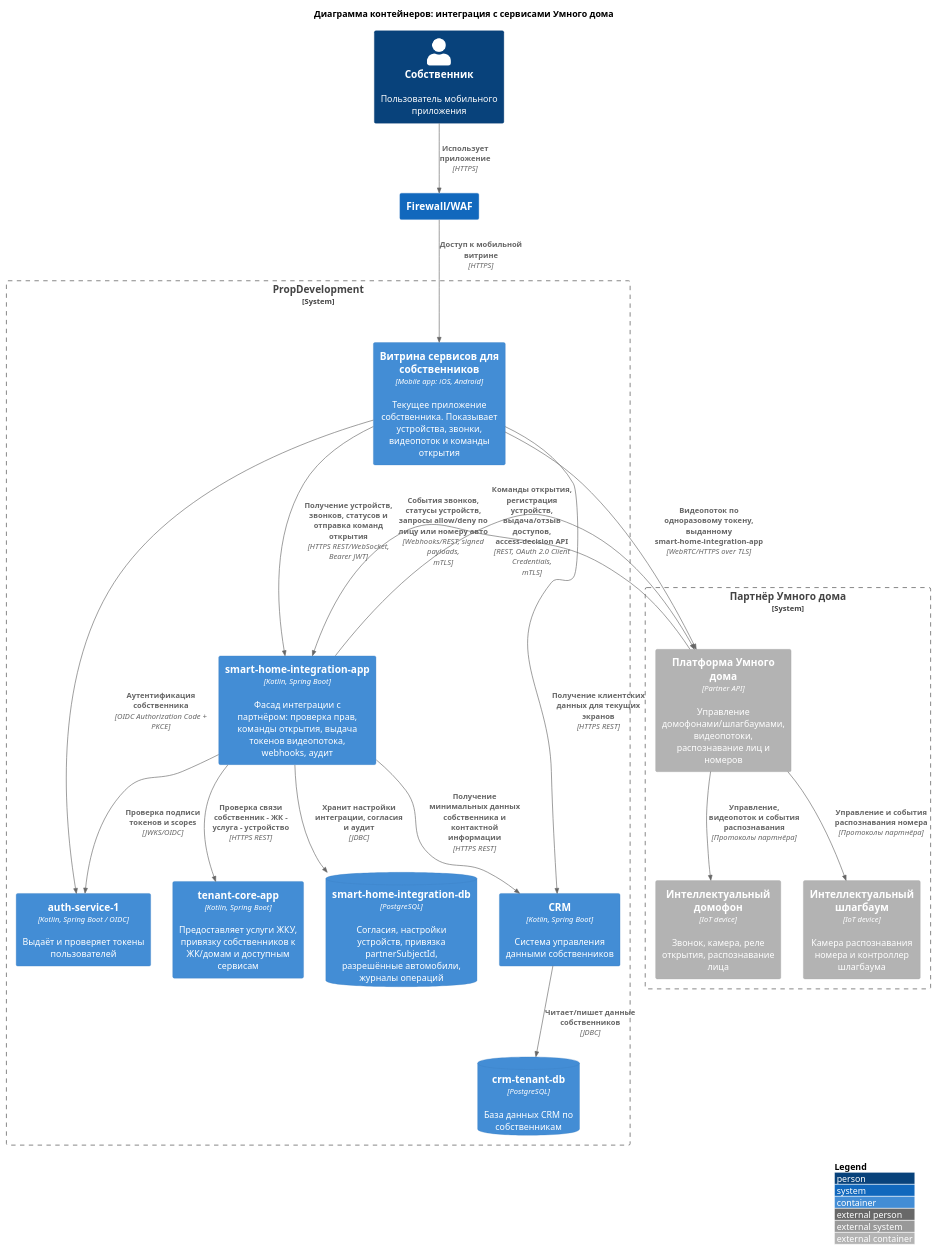
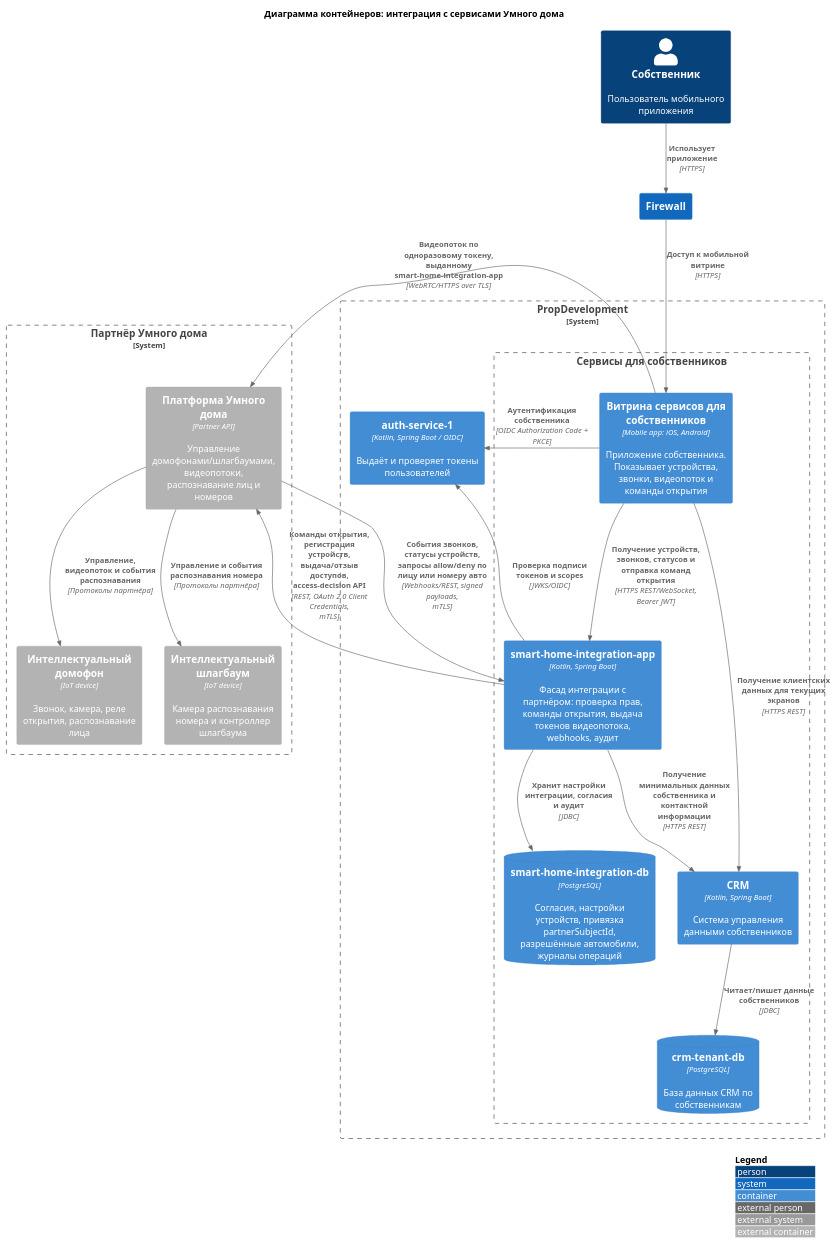
Before and after one commit to Meeluck/architecture-propdevelopment: the diagram in Task3/container.puml, drawn with PlantUML. The commit also changed 3 other files, not shown here.

```diff
--- a/Task3/container.puml
+++ b/Task3/container.puml
@@ -1,44 +1,50 @@
 @startuml
 !include https://raw.githubusercontent.com/plantuml-stdlib/C4-PlantUML/master/C4_Container.puml
 
 title Диаграмма контейнеров: интеграция с сервисами Умного дома
 
+' skinparam linetype polyline
+
+skinparam BoxPadding 50
+skinparam ParticipantPadding 100
+
 Person(owner, "Собственник", "Пользователь мобильного приложения")
-System(firewall, "Firewall/WAF")
+System(firewall, "Firewall")
 
 System_Boundary(propDev, "PropDevelopment") {
-    Container(mobileApp, "Витрина сервисов для собственников", "Mobile app: iOS, Android", "Текущее приложение собственника. Показывает устройства, звонки, видеопоток и команды открытия")
+    Boundary(ownerServices,Сервисы для собственников){
+        Container(mobileApp, "Витрина сервисов для собственников", "Mobile app: iOS, Android", "Приложение собственника. Показывает устройства, звонки, видеопоток и команды открытия")
+        Container(crm, "CRM", "Kotlin, Spring Boot", "Система управления данными собственников")
+        ContainerDb(crmDb, "crm-tenant-db", "PostgreSQL", "База данных CRM по собственникам")
+
+        Container(smartHomeService, "smart-home-integration-app", "Kotlin, Spring Boot", "Фасад интеграции с партнёром: проверка прав, команды открытия, выдача токенов видеопотока, webhooks, аудит")
+        ContainerDb(smartHomeDb, "smart-home-integration-db", "PostgreSQL", "Согласия, настройки устройств, привязка partnerSubjectId, разрешённые автомобили, журналы операций")
+    }   
+    
     Container(authService, "auth-service-1", "Kotlin, Spring Boot / OIDC", "Выдаёт и проверяет токены пользователей")
-    Container(tenantCore, "tenant-core-app", "Kotlin, Spring Boot", "Предоставляет услуги ЖКУ, привязку собственников к ЖК/домам и доступным сервисам")
-    Container(crm, "CRM", "Kotlin, Spring Boot", "Система управления данными собственников")
-    ContainerDb(crmDb, "crm-tenant-db", "PostgreSQL", "База данных CRM по собственникам")
 
-    Container(smartHomeService, "smart-home-integration-app", "Kotlin, Spring Boot", "Фасад интеграции с партнёром: проверка прав, команды открытия, выдача токенов видеопотока, webhooks, аудит")
-    ContainerDb(smartHomeDb, "smart-home-integration-db", "PostgreSQL", "Согласия, настройки устройств, привязка partnerSubjectId, разрешённые автомобили, журналы операций")
-
-    Rel(mobileApp, authService, "Аутентификация собственника", "OIDC Authorization Code + PKCE")
+    Rel_Left(mobileApp, authService, "Аутентификация собственника", "OIDC Authorization Code + PKCE")
     Rel(mobileApp, smartHomeService, "Получение устройств, звонков, статусов и отправка команд открытия", "HTTPS REST/WebSocket, Bearer JWT")
     Rel(mobileApp, crm, "Получение клиентских данных для текущих экранов", "HTTPS REST")
-    Rel(smartHomeService, authService, "Проверка подписи токенов и scopes", "JWKS/OIDC")
-    Rel(smartHomeService, tenantCore, "Проверка связи собственник - ЖК - услуга - устройство", "HTTPS REST")
+    Rel_Left(smartHomeService, authService, "Проверка подписи токенов и scopes", "JWKS/OIDC")
     Rel(smartHomeService, crm, "Получение минимальных данных собственника и контактной информации", "HTTPS REST")
     Rel(crm, crmDb, "Читает/пишет данные собственников", "JDBC")
     Rel(smartHomeService, smartHomeDb, "Хранит настройки интеграции, согласия и аудит", "JDBC")
 }
 
 System_Boundary(partner, "Партнёр Умного дома") {
     Container_Ext(partnerPlatform, "Платформа Умного дома", "Partner API", "Управление домофонами/шлагбаумами, видеопотоки, распознавание лиц и номеров")
     Container_Ext(smartIntercom, "Интеллектуальный домофон", "IoT device", "Звонок, камера, реле открытия, распознавание лица")
     Container_Ext(smartGate, "Интеллектуальный шлагбаум", "IoT device", "Камера распознавания номера и контроллер шлагбаума")
 }
 
 Rel(owner, firewall, "Использует приложение", "HTTPS")
 Rel(firewall, mobileApp, "Доступ к мобильной витрине", "HTTPS")
-Rel(smartHomeService, partnerPlatform, "Команды открытия, регистрация устройств, выдача/отзыв доступов, access-decision API", "REST, OAuth 2.0 Client Credentials, mTLS")
-Rel(partnerPlatform, smartHomeService, "События звонков, статусы устройств, запросы allow/deny по лицу или номеру авто", "Webhooks/REST, signed payloads, mTLS")
+Rel_Up(smartHomeService, partnerPlatform, "Команды открытия, регистрация устройств, выдача/отзыв доступов, access-decision API", "REST, OAuth 2.0 Client Credentials, mTLS")
+Rel_Down(partnerPlatform, smartHomeService, "События звонков, статусы устройств, запросы allow/deny по лицу или номеру авто", "Webhooks/REST, signed payloads, mTLS")
 Rel(mobileApp, partnerPlatform, "Видеопоток по одноразовому токену, выданному smart-home-integration-app", "WebRTC/HTTPS over TLS")
 Rel(partnerPlatform, smartIntercom, "Управление, видеопоток и события распознавания", "Протоколы партнёра")
 Rel(partnerPlatform, smartGate, "Управление и события распознавания номера", "Протоколы партнёра")
 
 LAYOUT_WITH_LEGEND()
 @enduml
```
